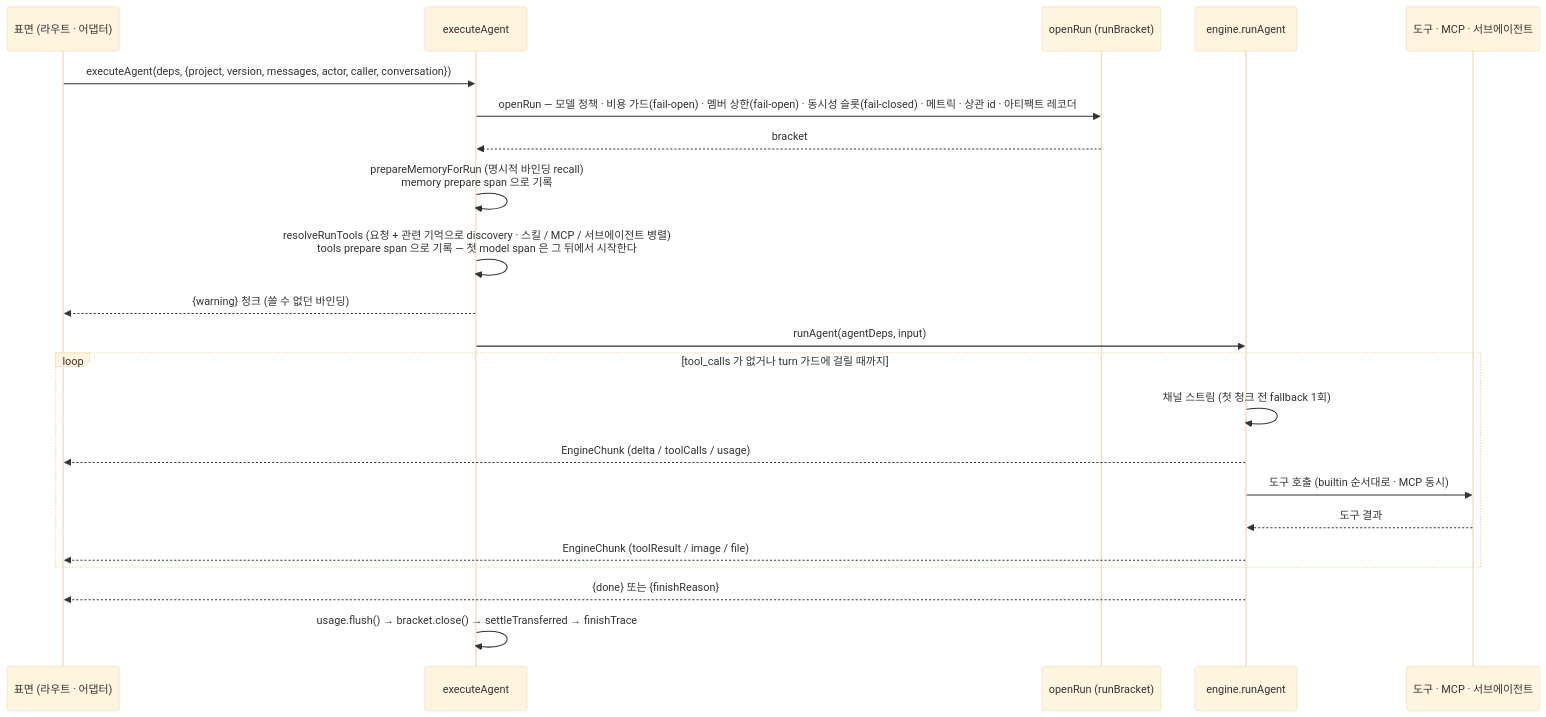
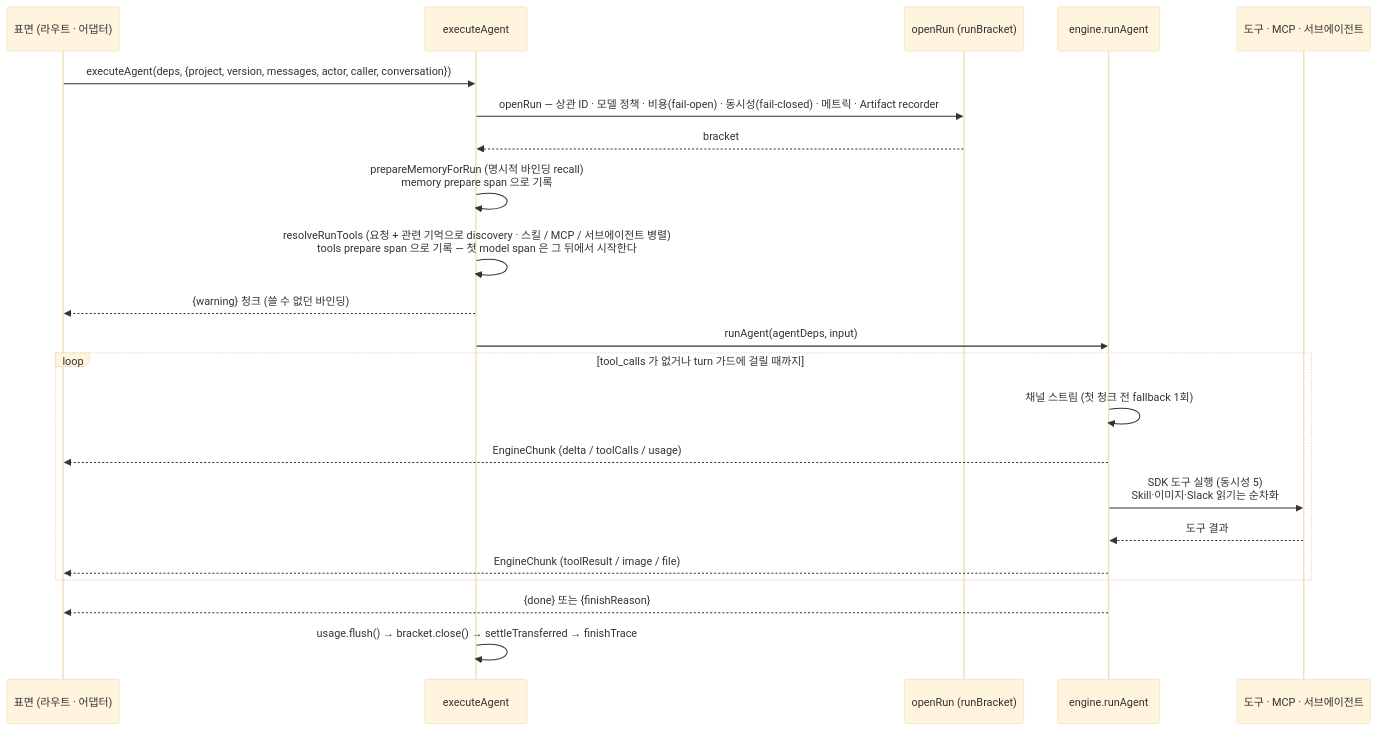
The third of 9 diagrams in docs/DIAGRAMS.md (opspresso/agent-studio), drawn with Mermaid (base theme) before and after one commit. The commit also changed other lines of this file and 27 other files, not shown here.

````diff
--- a/docs/DIAGRAMS.md
+++ b/docs/DIAGRAMS.md
@@ -117,24 +120,24 @@
 ```mermaid
 sequenceDiagram
   participant S as 표면 (라우트 · 어댑터)
   participant F as executeAgent
   participant B as openRun (runBracket)
   participant E as engine.runAgent
   participant T as 도구 · MCP · 서브에이전트
   S->>F: executeAgent(deps, {project, version, messages, actor, caller, conversation})
-  F->>B: openRun — 모델 정책 · 비용 가드(fail-open) · 멤버 상한(fail-open) · 동시성 슬롯(fail-closed) · 메트릭 · 상관 id · 아티팩트 레코더
+  F->>B: openRun — 상관 ID · 모델 정책 · 비용(fail-open) · 동시성(fail-closed) · 메트릭 · Artifact recorder
   B-->>F: bracket
   F->>F: prepareMemoryForRun (명시적 바인딩 recall)<br/>memory prepare span 으로 기록
   F->>F: resolveRunTools (요청 + 관련 기억으로 discovery · 스킬 / MCP / 서브에이전트 병렬)<br/>tools prepare span 으로 기록 — 첫 model span 은 그 뒤에서 시작한다
   F-->>S: {warning} 청크 (쓸 수 없던 바인딩)
   F->>E: runAgent(agentDeps, input)
   loop tool_calls 가 없거나 turn 가드에 걸릴 때까지
     E->>E: 채널 스트림 (첫 청크 전 fallback 1회)
     E-->>S: EngineChunk (delta / toolCalls / usage)
-    E->>T: 도구 호출 (builtin 순서대로 · MCP 동시)
+    E->>T: SDK 도구 실행 (동시성 5)<br/>Skill·이미지·Slack 읽기는 순차화
     T-->>E: 도구 결과
     E-->>S: EngineChunk (toolResult / image / file)
   end
   E-->>S: {done} 또는 {finishReason}
   F->>F: usage.flush() → bracket.close() → settleTransferred → finishTrace
 ```
````
